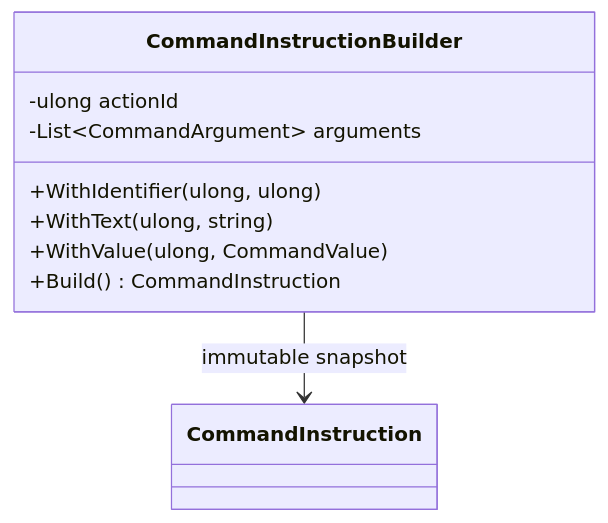
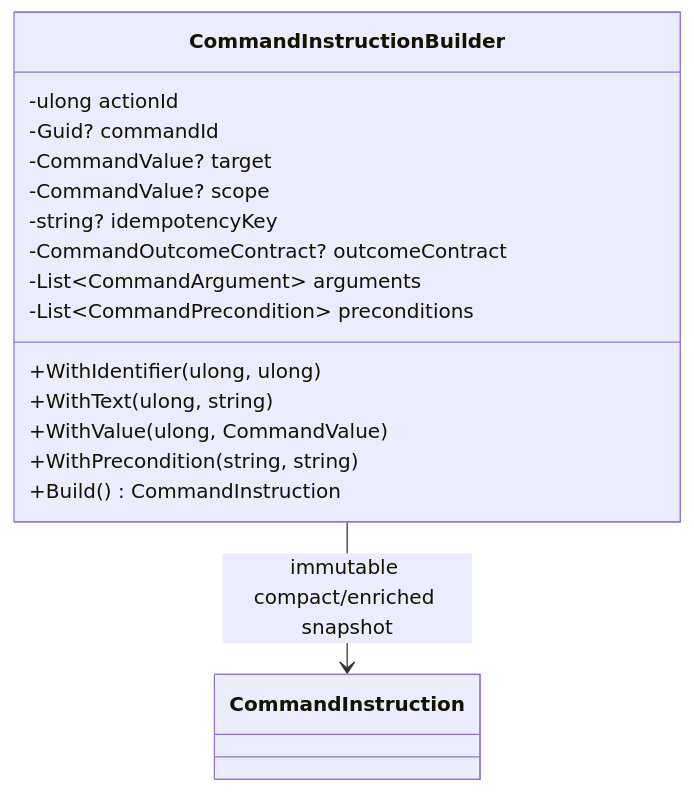
Before and after one commit to TrentBest/TheSingularityWorkshop.CommandAi: the diagram in docs/UML/CommandInstructionBuilderUML.md, drawn with Mermaid. The commit also changed other lines of this file, not shown here.

Commit message:
docs: align AI ownership and UML with enriched v1

```diff
--- a/docs/UML/CommandInstructionBuilderUML.md
+++ b/docs/UML/CommandInstructionBuilderUML.md
@@ -6,12 +6,19 @@
 ~~~mermaid
 classDiagram
   class CommandInstructionBuilder {
     -ulong actionId
+    -Guid? commandId
+    -CommandValue? target
+    -CommandValue? scope
+    -string? idempotencyKey
+    -CommandOutcomeContract? outcomeContract
     -List~CommandArgument~ arguments
+    -List~CommandPrecondition~ preconditions
     +WithIdentifier(ulong, ulong)
     +WithText(ulong, string)
     +WithValue(ulong, CommandValue)
+    +WithPrecondition(string, string)
     +Build() CommandInstruction
   }
-  CommandInstructionBuilder --> CommandInstruction : immutable snapshot
+  CommandInstructionBuilder --> CommandInstruction : immutable compact/enriched snapshot
 ~~~
```
